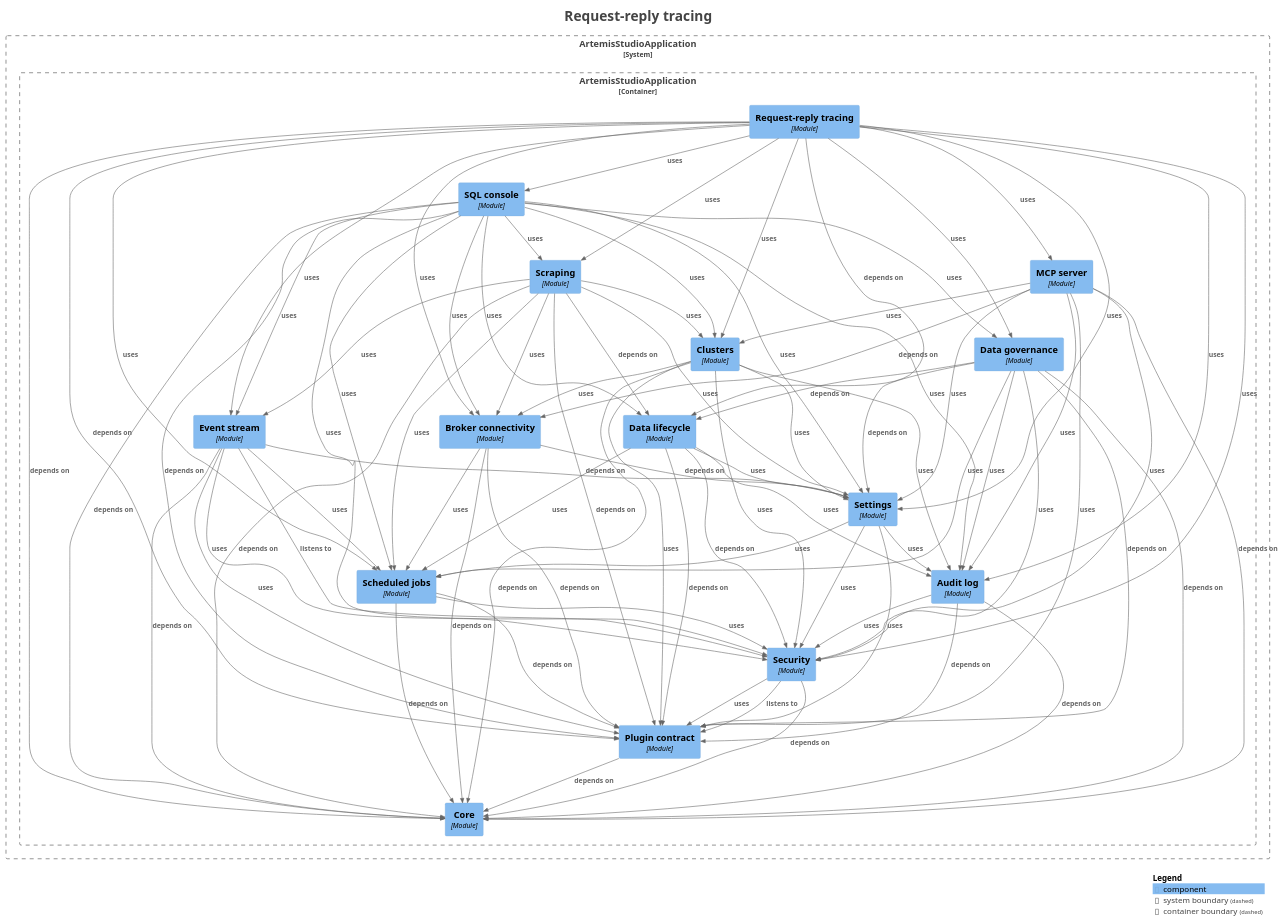
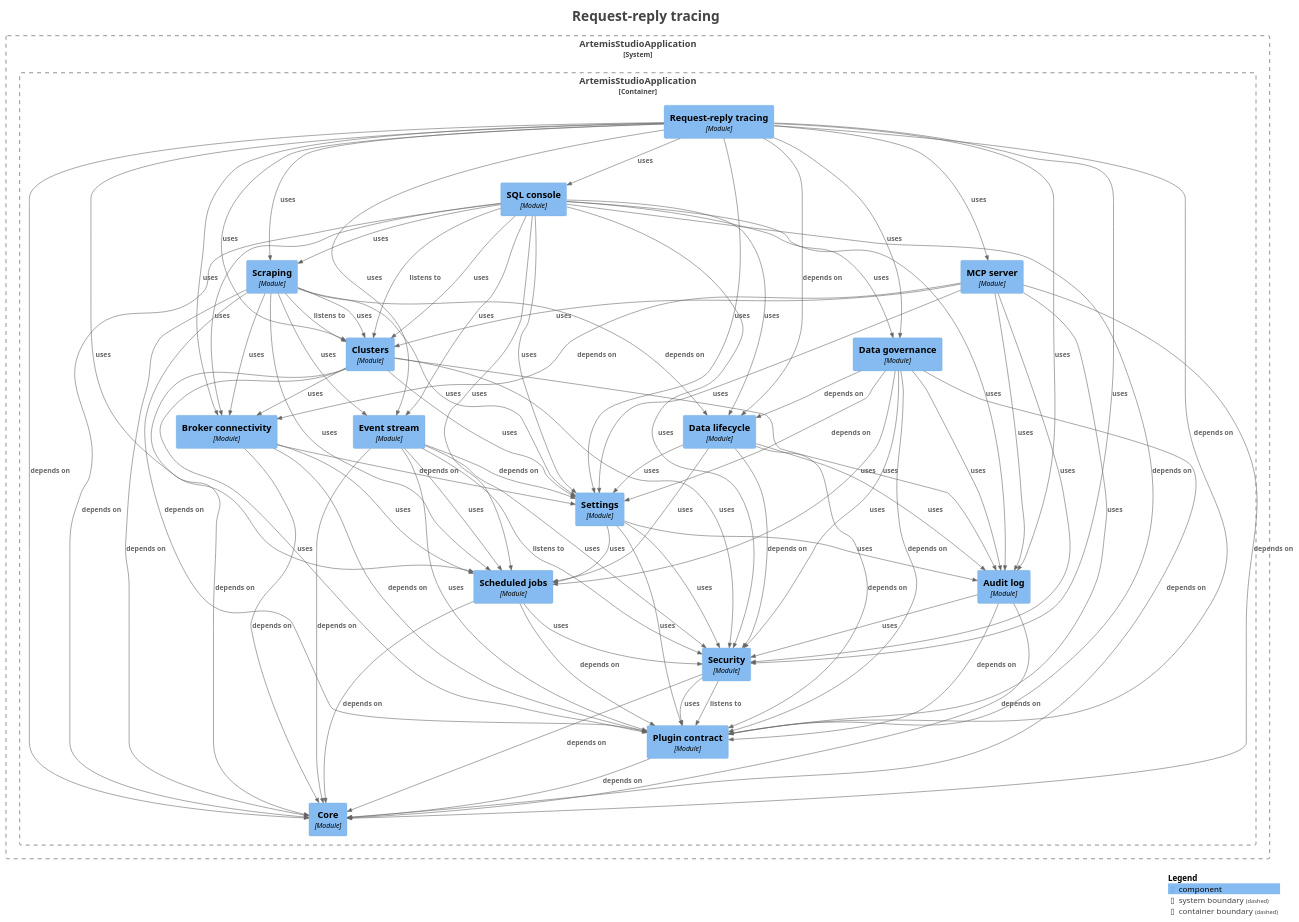
Before and after one commit to sudoitir/artemis-studio: the diagram in docs/modules/module-feature.rr.puml, drawn with PlantUML. The commit also changed 50 other files, not shown here.

```diff
--- a/docs/modules/module-feature.rr.puml
+++ b/docs/modules/module-feature.rr.puml
@@ -17,6 +17,7 @@
 
 System_Boundary("ArtemisStudioApplication_boundary", "ArtemisStudioApplication", $tags="") {
   Container_Boundary("ArtemisStudioApplication.ArtemisStudioApplication_boundary", "ArtemisStudioApplication", $tags="") {
+    Component(ArtemisStudioApplication.ArtemisStudioApplication.Settings, "Settings", $techn="Module", $descr="", $tags="", $link="")
     Component(ArtemisStudioApplication.ArtemisStudioApplication.Datalifecycle, "Data lifecycle", $techn="Module", $descr="", $tags="", $link="")
     Component(ArtemisStudioApplication.ArtemisStudioApplication.Eventstream, "Event stream", $techn="Module", $descr="", $tags="", $link="")
     Component(ArtemisStudioApplication.ArtemisStudioApplication.Brokerconnectivity, "Broker connectivity", $techn="Module", $descr="", $tags="", $link="")
@@ -31,7 +32,6 @@
     Component(ArtemisStudioApplication.ArtemisStudioApplication.Security, "Security", $techn="Module", $descr="", $tags="", $link="")
     Component(ArtemisStudioApplication.ArtemisStudioApplication.Auditlog, "Audit log", $techn="Module", $descr="", $tags="", $link="")
     Component(ArtemisStudioApplication.ArtemisStudioApplication.Scheduledjobs, "Scheduled jobs", $techn="Module", $descr="", $tags="", $link="")
-    Component(ArtemisStudioApplication.ArtemisStudioApplication.Settings, "Settings", $techn="Module", $descr="", $tags="", $link="")
   }
 
 }
@@ -91,6 +91,7 @@
 Rel(ArtemisStudioApplication.ArtemisStudioApplication.Requestreplytracing, ArtemisStudioApplication.ArtemisStudioApplication.Settings, "uses", $techn="", $tags="", $link="")
 Rel(ArtemisStudioApplication.ArtemisStudioApplication.SQLconsole, ArtemisStudioApplication.ArtemisStudioApplication.Auditlog, "uses", $techn="", $tags="", $link="")
 Rel(ArtemisStudioApplication.ArtemisStudioApplication.SQLconsole, ArtemisStudioApplication.ArtemisStudioApplication.Brokerconnectivity, "uses", $techn="", $tags="", $link="")
+Rel(ArtemisStudioApplication.ArtemisStudioApplication.SQLconsole, ArtemisStudioApplication.ArtemisStudioApplication.Clusters, "listens to", $techn="", $tags="", $link="")
 Rel(ArtemisStudioApplication.ArtemisStudioApplication.SQLconsole, ArtemisStudioApplication.ArtemisStudioApplication.Clusters, "uses", $techn="", $tags="", $link="")
 Rel(ArtemisStudioApplication.ArtemisStudioApplication.SQLconsole, ArtemisStudioApplication.ArtemisStudioApplication.Core, "depends on", $techn="", $tags="", $link="")
 Rel(ArtemisStudioApplication.ArtemisStudioApplication.SQLconsole, ArtemisStudioApplication.ArtemisStudioApplication.Datagovernance, "uses", $techn="", $tags="", $link="")
@@ -105,6 +106,7 @@
 Rel(ArtemisStudioApplication.ArtemisStudioApplication.Scheduledjobs, ArtemisStudioApplication.ArtemisStudioApplication.Plugincontract, "depends on", $techn="", $tags="", $link="")
 Rel(ArtemisStudioApplication.ArtemisStudioApplication.Scheduledjobs, ArtemisStudioApplication.ArtemisStudioApplication.Security, "uses", $techn="", $tags="", $link="")
 Rel(ArtemisStudioApplication.ArtemisStudioApplication.Scraping, ArtemisStudioApplication.ArtemisStudioApplication.Brokerconnectivity, "uses", $techn="", $tags="", $link="")
+Rel(ArtemisStudioApplication.ArtemisStudioApplication.Scraping, ArtemisStudioApplication.ArtemisStudioApplication.Clusters, "listens to", $techn="", $tags="", $link="")
 Rel(ArtemisStudioApplication.ArtemisStudioApplication.Scraping, ArtemisStudioApplication.ArtemisStudioApplication.Clusters, "uses", $techn="", $tags="", $link="")
 Rel(ArtemisStudioApplication.ArtemisStudioApplication.Scraping, ArtemisStudioApplication.ArtemisStudioApplication.Core, "depends on", $techn="", $tags="", $link="")
 Rel(ArtemisStudioApplication.ArtemisStudioApplication.Scraping, ArtemisStudioApplication.ArtemisStudioApplication.Datalifecycle, "depends on", $techn="", $tags="", $link="")
```
